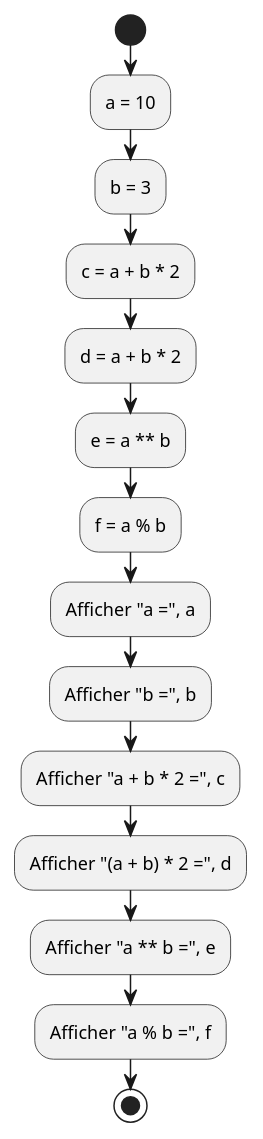
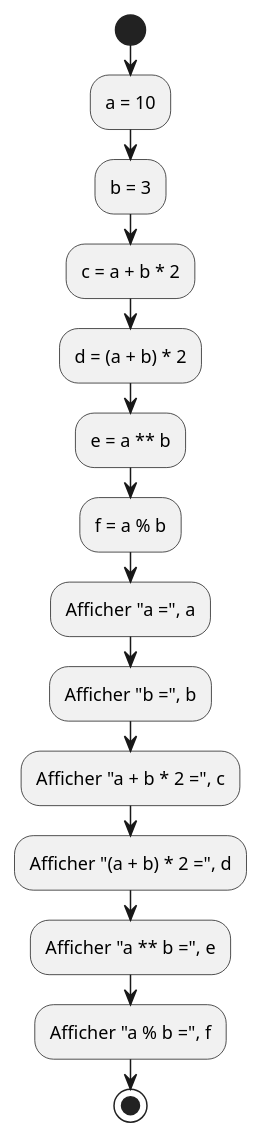
The diagram in examples/algo/puml/01_expressions.puml (profdenis/dralgo), drawn with PlantUML before and after one commit. The commit also changed 35 other files, not shown here.

```diff
--- a/examples/algo/puml/01_expressions.puml
+++ b/examples/algo/puml/01_expressions.puml
@@ -1,16 +1,16 @@
 @startuml
 start
 :a = 10;
 :b = 3;
 :c = a + b * 2;
-:d = a + b * 2;
+:d = (a + b) * 2;
 :e = a ** b;
 :f = a % b;
 :Afficher "a =", a;
 :Afficher "b =", b;
 :Afficher "a + b * 2 =", c;
 :Afficher "(a + b) * 2 =", d;
 :Afficher "a ** b =", e;
 :Afficher "a % b =", f;
 stop
 @enduml
```
